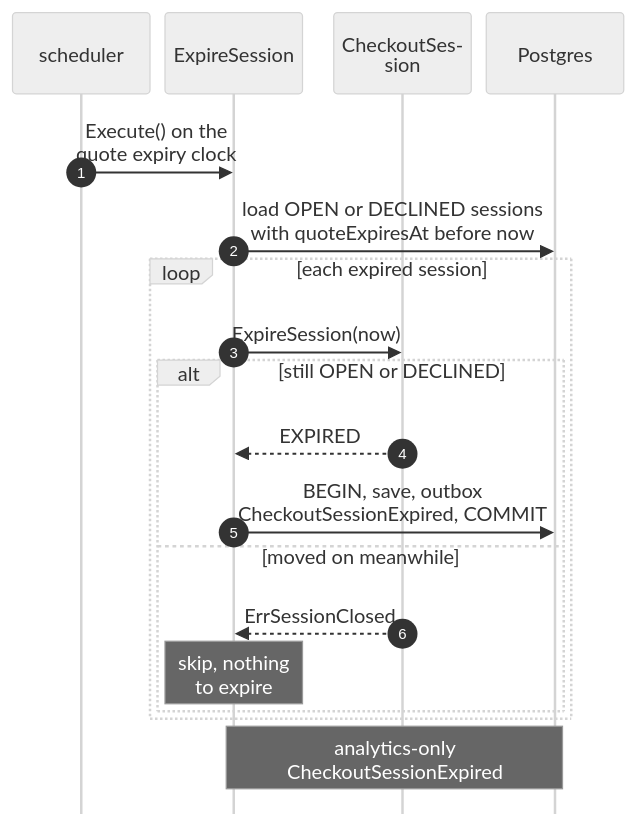
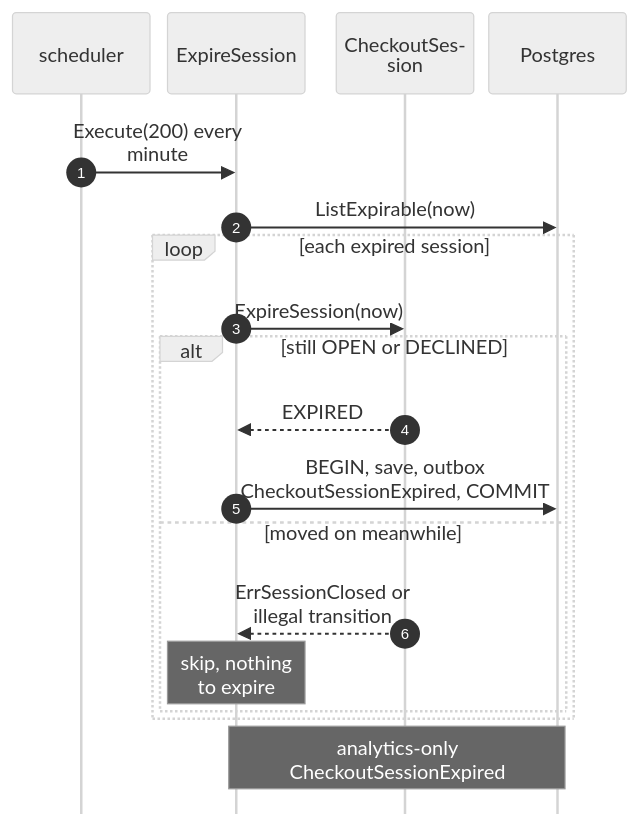
The fifth of 5 diagrams in docs/docs/ddd/sequence-diagrams.md (IQVO/checkout), drawn with Mermaid (neutral theme) before and after one commit. The commit also changed other lines of this file and 8 other files, not shown here.

````diff
--- a/docs/docs/ddd/sequence-diagrams.md
+++ b/docs/docs/ddd/sequence-diagrams.md
@@ -267,22 +271,22 @@
 ```mermaid
 %%{init: {"sequence": {"wrap": true, "width": 110, "actorMargin": 12, "messageMargin": 28, "boxMargin": 6, "noteMargin": 6, "mirrorActors": false}}}%%
 sequenceDiagram
     autonumber
     participant S as scheduler
     participant UC as ExpireSession
     participant A as CheckoutSession
     participant DB as Postgres
-    S->>UC: Execute() on the quote expiry clock
-    UC->>DB: load OPEN or DECLINED sessions with quoteExpiresAt before now
+    S->>UC: Execute(200) every minute
+    UC->>DB: ListExpirable(now)
     loop each expired session
         UC->>A: ExpireSession(now)
         alt still OPEN or DECLINED
             A-->>UC: EXPIRED
             UC->>DB: BEGIN, save, outbox CheckoutSessionExpired, COMMIT
         else moved on meanwhile
-            A-->>UC: ErrSessionClosed
+            A-->>UC: ErrSessionClosed or illegal transition
             Note over UC: skip, nothing to expire
         end
     end
     Note over UC,DB: analytics-only CheckoutSessionExpired
 ```
````
